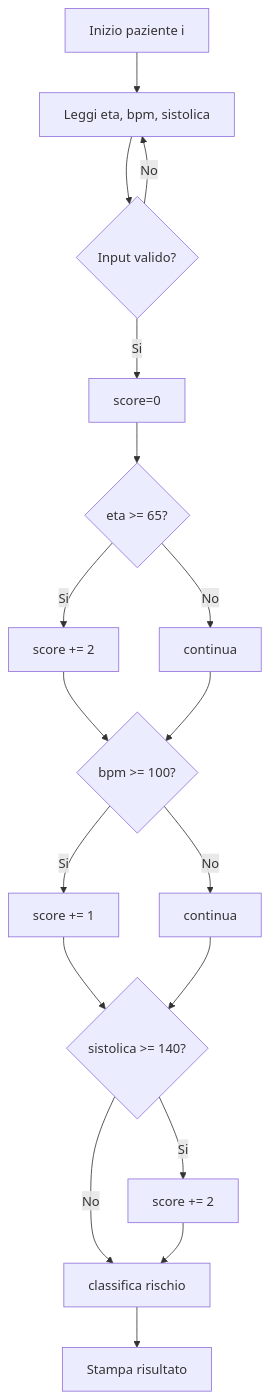
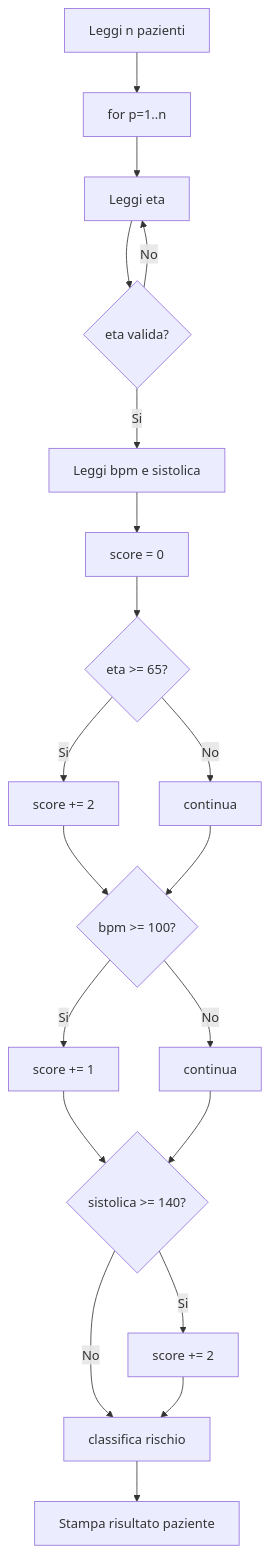
Before and after one commit to lucadagati/Lab_Fondamenti_di_Informatica_25_26: the tenth of 10 diagrams in 03-matlab-strutture-controllo/README.md, drawn with Mermaid. The commit also changed other lines of this file, not shown here.

First line of the commit message:
Lab 3 README pronto studenti: solo MATLAB e flowchart per ogni esercizio

````diff
--- a/03-matlab-strutture-controllo/README.md
+++ b/03-matlab-strutture-controllo/README.md
@@ -184,20 +248,22 @@
 ```mermaid
 flowchart TD
-    A[Inizio paziente i] --> B[Leggi eta, bpm, sistolica]
-    B --> C{Input valido?}
-    C -- No --> B
-    C -- Si --> D[score=0]
-    D --> E{eta >= 65?}
-    E -- Si --> F[score += 2]
-    E -- No --> G[continua]
-    F --> H{bpm >= 100?}
-    G --> H
-    H -- Si --> I[score += 1]
-    H -- No --> J[continua]
-    I --> K{sistolica >= 140?}
-    J --> K
-    K -- Si --> L[score += 2]
-    K -- No --> M[classifica rischio]
+    A[Leggi n pazienti] --> B[for p=1..n]
+    B --> C[Leggi eta]
+    C --> D{eta valida?}
+    D -- No --> C
+    D -- Si --> E[Leggi bpm e sistolica]
+    E --> F[score = 0]
+    F --> G{eta >= 65?}
+    G -- Si --> H[score += 2]
+    G -- No --> I[continua]
+    H --> J{bpm >= 100?}
+    I --> J
+    J -- Si --> K[score += 1]
+    J -- No --> L[continua]
+    K --> M{sistolica >= 140?}
     L --> M
-    M --> N[Stampa risultato]
+    M -- Si --> N[score += 2]
+    M -- No --> O[classifica rischio]
+    N --> O
+    O --> P[Stampa risultato paziente]
 ```
````
